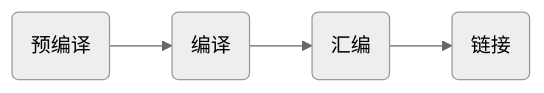
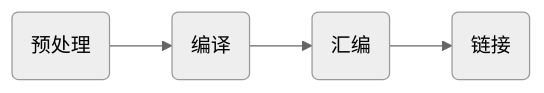
The second of 3 diagrams in doc/学习记录.md (Motong09955/Keil_demo_8_), drawn with Mermaid (neutral theme) before and after one commit. The commit also changed other lines of this file, not shown here.

````diff
--- a/doc/学习记录.md
+++ b/doc/学习记录.md
@@ -104,7 +104,7 @@
 ```mermaid
  flowchart LR
 
- A(预编译)-->B(编译)
+ A(预处理)-->B(编译)
  B-->C(汇编)
  C-->D(链接)
 ```
````
